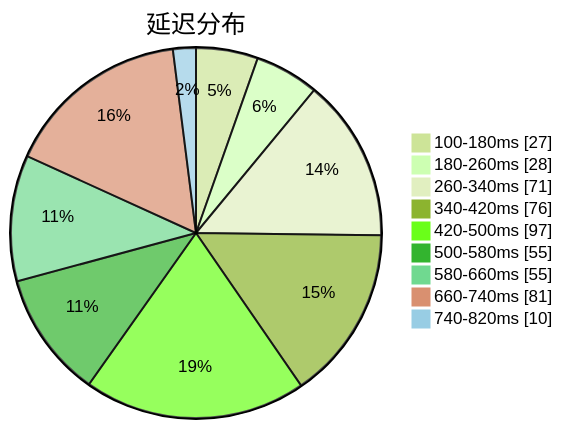
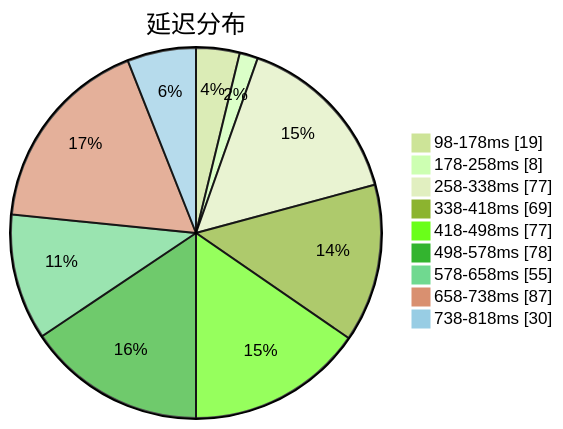
The first of 3 diagrams in subs/statistics/tested_within.md (sinspired/airport), drawn with Mermaid (forest theme) before and after one commit. The commit also changed other lines of this file and 2 other files, not shown here.

````diff
--- a/subs/statistics/tested_within.md
+++ b/subs/statistics/tested_within.md
@@ -2,13 +2,13 @@
 ```mermaid
 pie showData
 title 延迟分布
-"100-180ms" : 27
-"180-260ms" : 28
-"260-340ms" : 71
-"340-420ms" : 76
-"420-500ms" : 97
-"500-580ms" : 55
-"580-660ms" : 55
-"660-740ms" : 81
-"740-820ms" : 10
+"98-178ms" : 19
+"178-258ms" : 8
+"258-338ms" : 77
+"338-418ms" : 69
+"418-498ms" : 77
+"498-578ms" : 78
+"578-658ms" : 55
+"658-738ms" : 87
+"738-818ms" : 30
 ```
````
